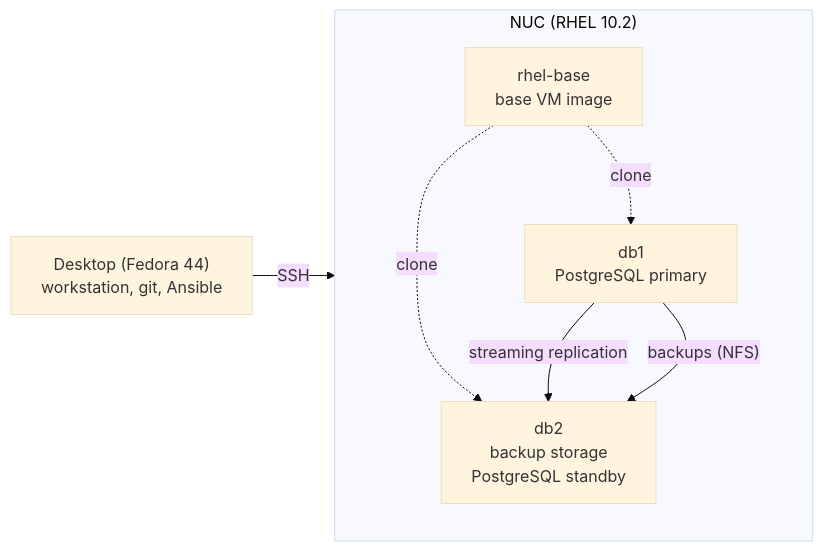
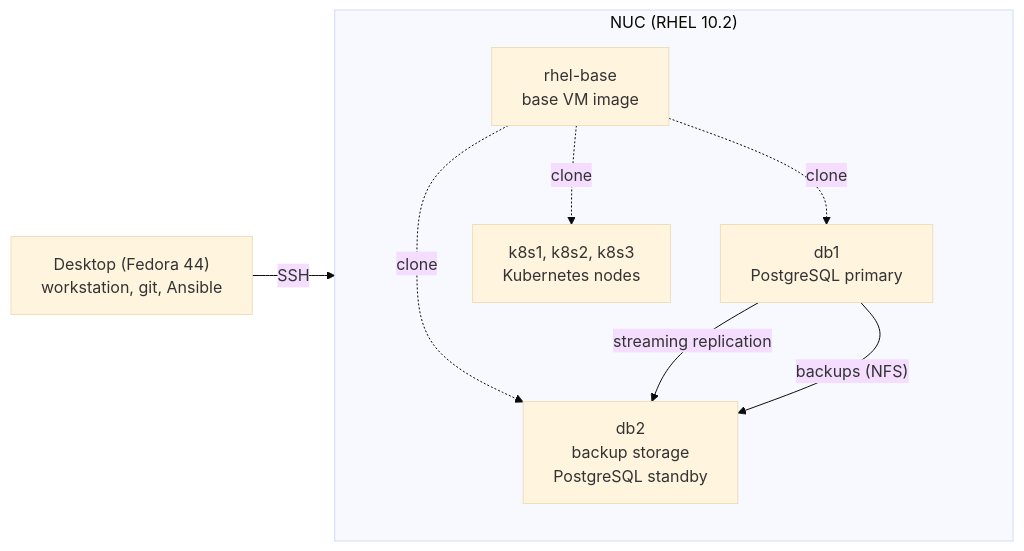
The diagram in README.md (marin-orejas/rhel-data-platform), drawn with Mermaid (base theme) before and after one commit. The commit also changed other lines of this file and 1 other file, not shown here.

Commit message:
docs(roadmap): mark the nodes done

````diff
--- a/README.md
+++ b/README.md
@@ -22,14 +22,16 @@
 ```mermaid
 flowchart LR
     desk["Desktop (Fedora 44)<br/>workstation, git, Ansible"]
     subgraph nuc["NUC (RHEL 10.2)"]
         base["rhel-base<br/>base VM image"]
         db1["db1<br/>PostgreSQL primary"]
         db2["db2<br/>backup storage<br/>PostgreSQL standby"]
+        k8s["k8s1, k8s2, k8s3<br/>Kubernetes nodes"]
         base -. clone .-> db1
         base -. clone .-> db2
+        base -. clone .-> k8s
         db1 -- "streaming replication" --> db2
         db1 -- "backups (NFS)" --> db2
     end
     desk -- SSH --> nuc
 ```
````
